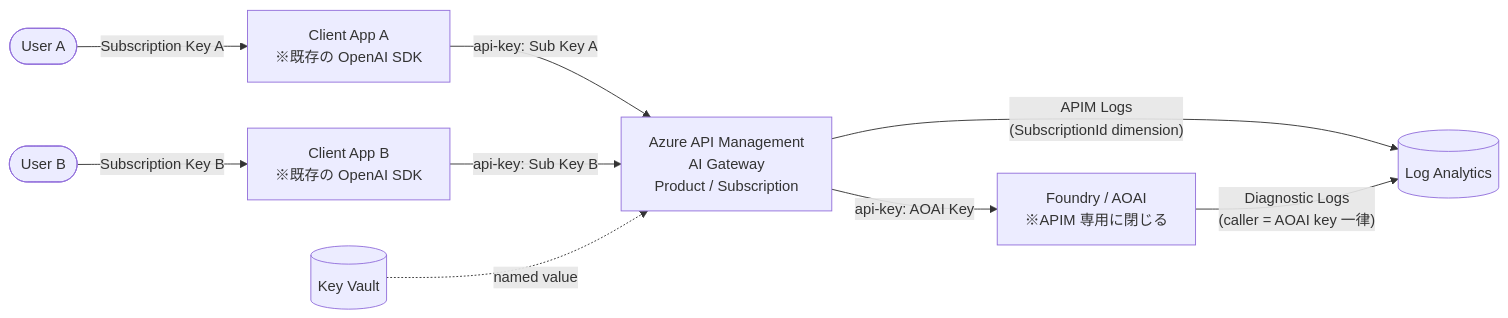
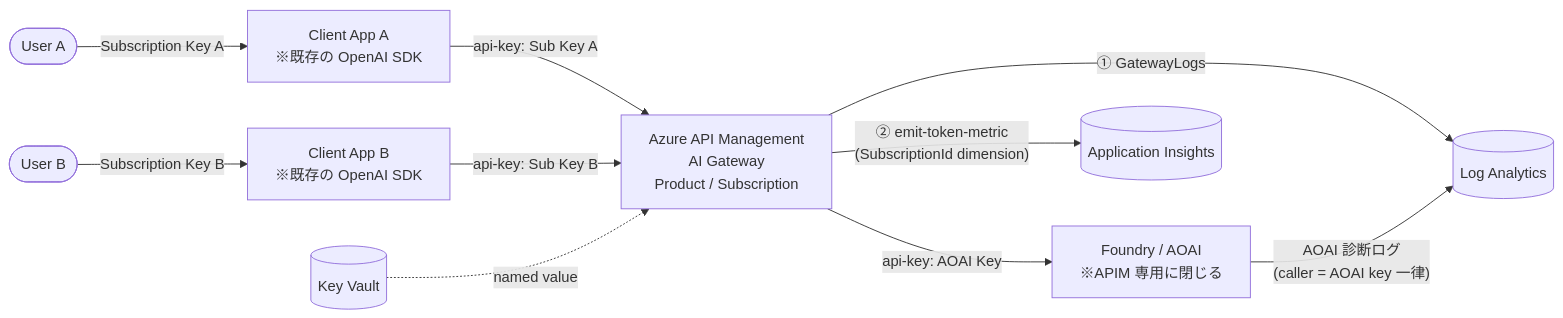
The sixth of 9 diagrams in README.md (h-morozumi/foundry-usage-tracking-patterns), drawn with Mermaid before and after one commit. The commit also changed other lines of this file, not shown here.

Commit message:
fix: Update README to clarify AOAI diagnostic logs and logging patterns

````diff
--- a/README.md
+++ b/README.md
@@ -307,20 +326,22 @@
 ```mermaid
 flowchart LR
     UserA([User A])
     UserB([User B])
     AppA["Client App A<br/>※既存の OpenAI SDK"]
     AppB["Client App B<br/>※既存の OpenAI SDK"]
     APIM[Azure API Management<br/>AI Gateway<br/>Product / Subscription]
     KV[(Key Vault)]
     Foundry[Foundry / AOAI<br/>※APIM 専用に閉じる]
     LA[(Log Analytics)]
+    AI[(Application Insights)]
 
     UserA -->|Subscription Key A| AppA
     UserB -->|Subscription Key B| AppB
     AppA -->|api-key: Sub Key A| APIM
     AppB -->|api-key: Sub Key B| APIM
     KV -.->|named value| APIM
     APIM -->|api-key: AOAI Key| Foundry
-    APIM -->|"APIM Logs<br/>(SubscriptionId dimension)"| LA
-    Foundry -->|"Diagnostic Logs<br/>(caller = AOAI key 一律)"| LA
+    APIM -->|"① GatewayLogs"| LA
+    APIM -->|"② emit-token-metric<br/>(SubscriptionId dimension)"| AI
+    Foundry -->|"AOAI 診断ログ<br/>(caller = AOAI key 一律)"| LA
 ```
````
